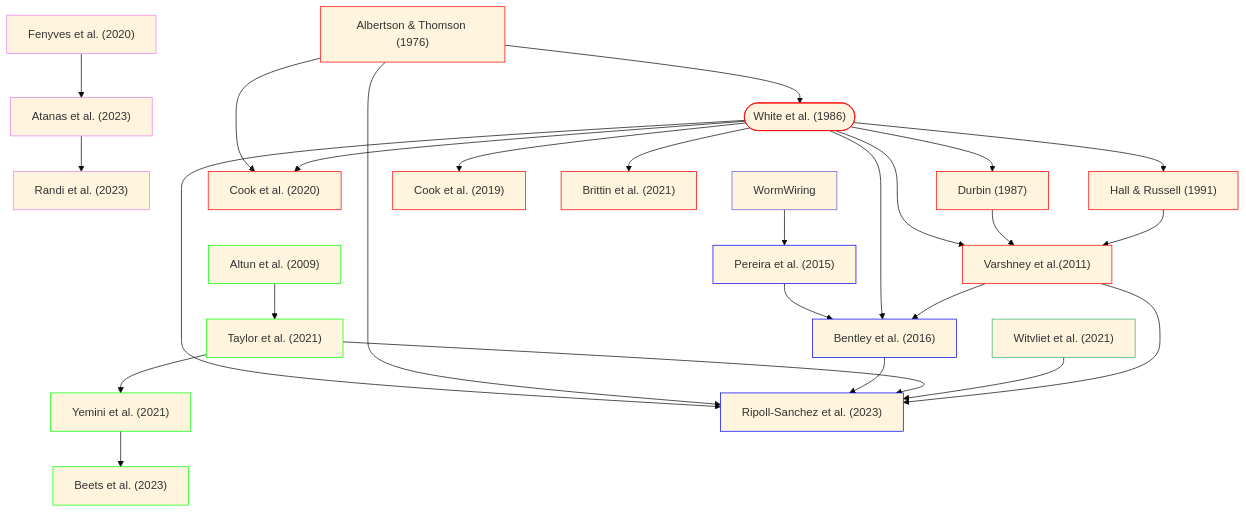
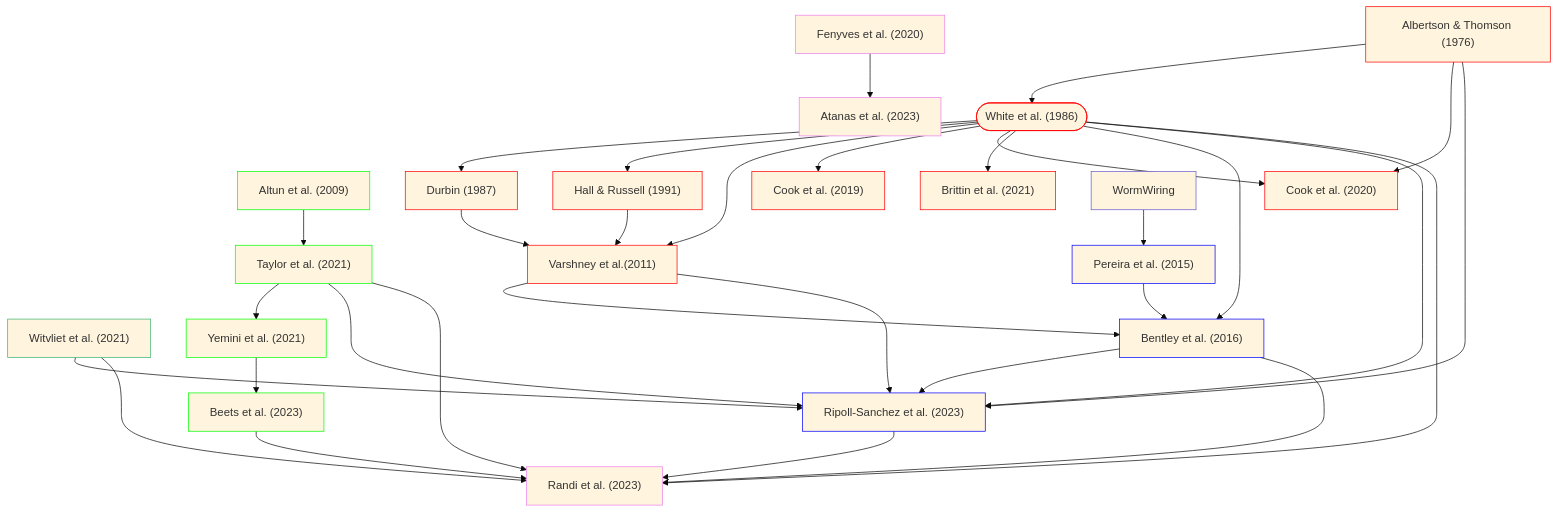
The diagram in README.md (yasinthanvickneswaran/mermaidtest), drawn with Mermaid (base theme) before and after one commit.

````diff
--- a/README.md
+++ b/README.md
@@ -1,39 +1,46 @@
 ```mermaid
 flowchart TD
     classDef anat stroke:#f00
     classDef gene stroke:#0f0
     classDef es stroke:#00f
     classDef func stroke:#ee82ee
     classDef dev stroke:#3cb371
     classDef db stroke:#6a5acd
 
     H["Fenyves et al. (2020)"]:::func --> O["Atanas et al. (2023)"]:::func
-    O --> P["Randi et al. (2023)"]:::func    
     K["Witvliet et al. (2021)"]:::dev
     E["Pereira et al. (2015)"]:::es --> F["Bentley et al. (2016)"]:::es
 
     C["Altun et al. (2009)"]:::gene --> L["Taylor et al. (2021)"]:::gene
     L --> M["Yemini et al. (2021)"]:::gene
     M --> N["Beets et al. (2023)"]:::gene
 
     A(["White et al. (1986)"]):::anat --> B["Durbin (1987)"]:::anat
     A1["Albertson & Thomson (1976)"]:::anat --> A
     A1 --> I
     A  --> A2["Hall & Russell (1991)"]:::anat
     A --> D["Varshney et al.(2011)"]:::anat
     B --> D
     A2 --> D
     A --> G["Cook et al. (2019)"]:::anat
     A --> I["Cook et al. (2020)"]:::anat
     A --> J["Brittin et al. (2021)"]:::anat
     A --> F
     D --> F
     DB1["WormWiring"]:::db --> E
     A --> NP["Ripoll-Sanchez et al. (2023)"]:::es
     A1 --> NP
     F --> NP
     L --> NP
     K --> NP
     D --> NP
+    A --> P["Randi et al. (2023)"]:::func
+    L --> P
+    N --> P
+    K --> P
+    NP --> P
+    F --> P
 
+    
+    
 ```
````
